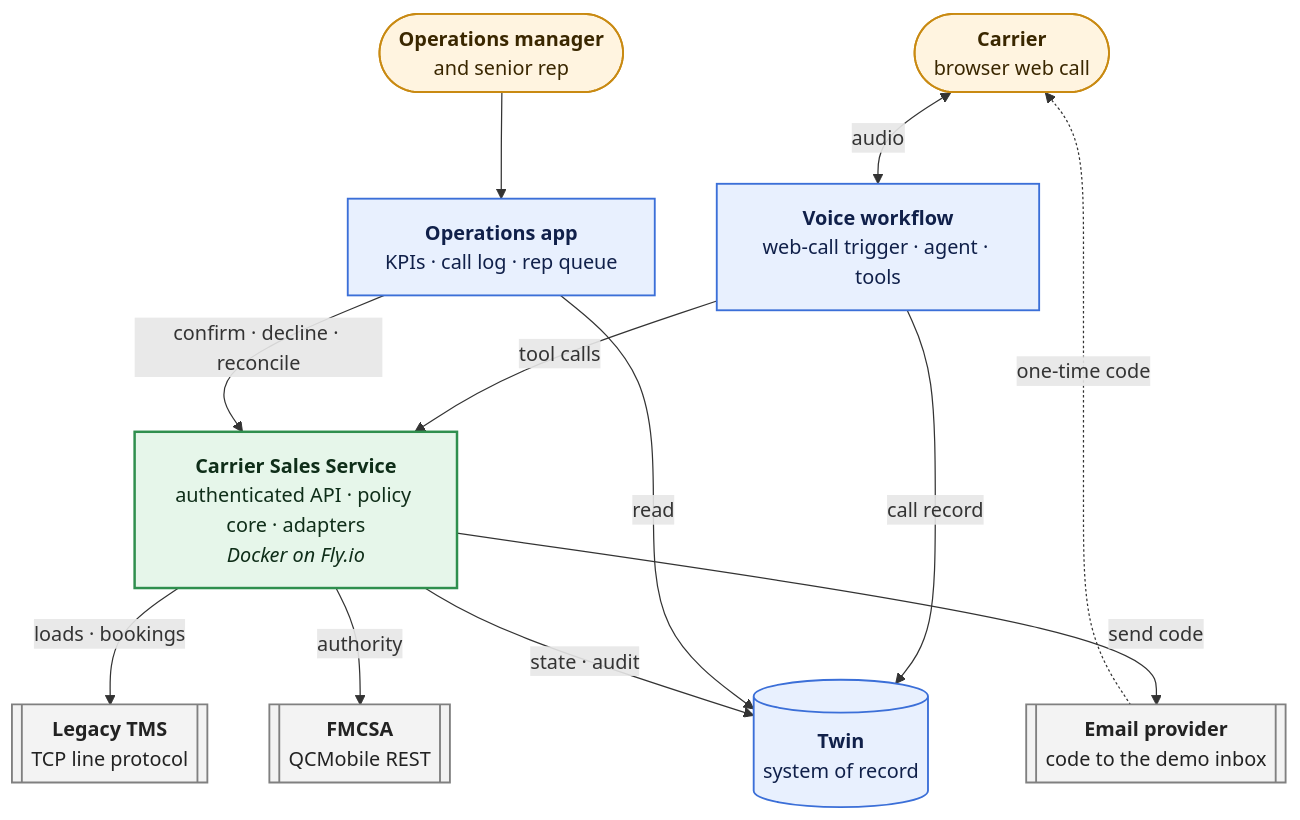
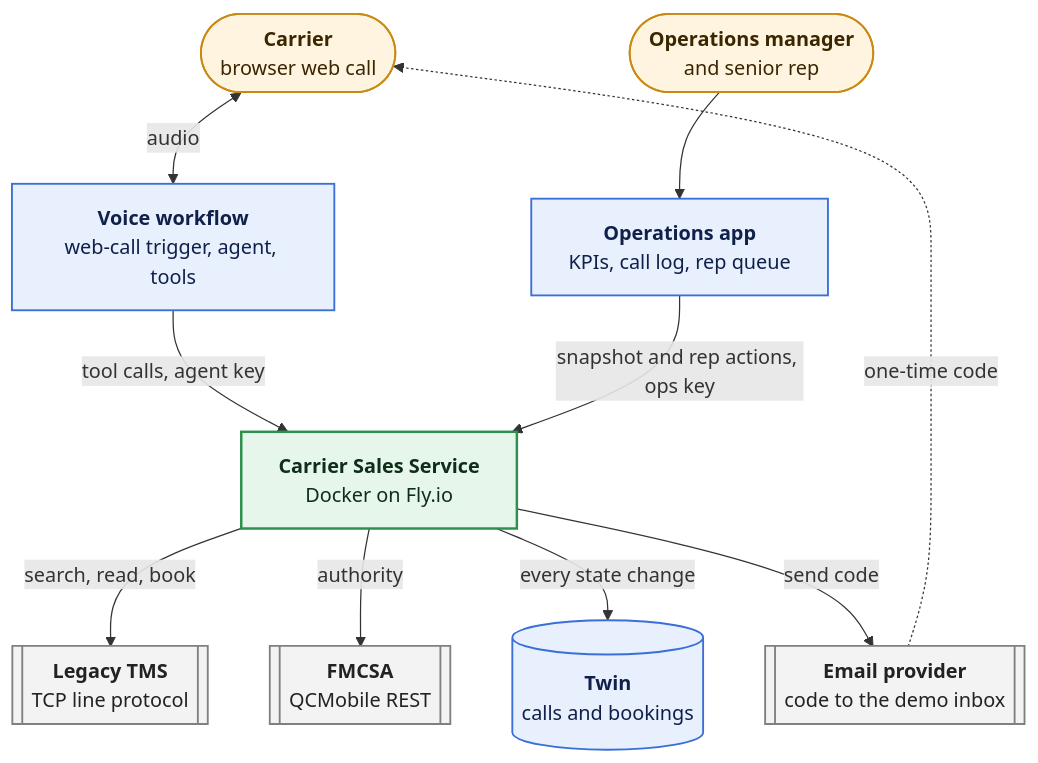
Before and after one commit to sgon0181/happyrobot-inbound-carrier-sales: the first of 4 diagrams in ARCHITECTURE.md, drawn with Mermaid. The commit also changed other lines of this file and 17 other files, not shown here.

First line of the commit message:
docs: architecture v3 and a single decision log

````diff
--- a/ARCHITECTURE.md
+++ b/ARCHITECTURE.md
@@ -39,36 +38,34 @@
 ```mermaid
 flowchart TB
     carrier(["<b>Carrier</b><br/>browser web call"])
     manager(["<b>Operations manager</b><br/>and senior rep"])
 
-    voice["<b>Voice workflow</b><br/>web-call trigger · agent · tools"]
-    app["<b>Operations app</b><br/>KPIs · call log · rep queue"]
+    voice["<b>Voice workflow</b><br/>web-call trigger, agent, tools"]
+    app["<b>Operations app</b><br/>KPIs, call log, rep queue"]
 
-    svc["<b>Carrier Sales Service</b><br/>authenticated API · policy core · adapters<br/><i>Docker on Fly.io</i>"]
+    svc["<b>Carrier Sales Service</b><br/>Docker on Fly.io"]
 
     tms[["<b>Legacy TMS</b><br/>TCP line protocol"]]
     fmcsa[["<b>FMCSA</b><br/>QCMobile REST"]]
-    twin[("<b>Twin</b><br/>system of record")]
+    twin[("<b>Twin</b><br/>calls and bookings")]
     email[["<b>Email provider</b><br/>code to the demo inbox"]]
 
     carrier <-->|audio| voice
     manager --> app
-    voice -->|tool calls| svc
-    app -->|"confirm · decline · reconcile"| svc
-    voice -->|call record| twin
-    app -->|read| twin
-    svc -->|"loads · bookings"| tms
+    voice -->|"tool calls, agent key"| svc
+    app -->|"snapshot and rep actions, ops key"| svc
+    svc -->|"search, read, book"| tms
     svc -->|authority| fmcsa
-    svc -->|"state · audit"| twin
+    svc -->|"every state change"| twin
     svc -->|send code| email
     email -.->|one-time code| carrier
 
     classDef hr fill:#e8f0fe,stroke:#3b6fd8,stroke-width:1.5px,color:#10204a
     classDef svc fill:#e6f6ea,stroke:#2f8f4e,stroke-width:2px,color:#0f2e19
     classDef ext fill:#f3f3f3,stroke:#808080,stroke-width:1.5px,color:#222
     classDef person fill:#fff4e0,stroke:#c98a12,stroke-width:1.5px,color:#3a2700
     class voice,app,twin hr
     class svc svc
     class tms,fmcsa,email ext
     class carrier,manager person
 ```
````
